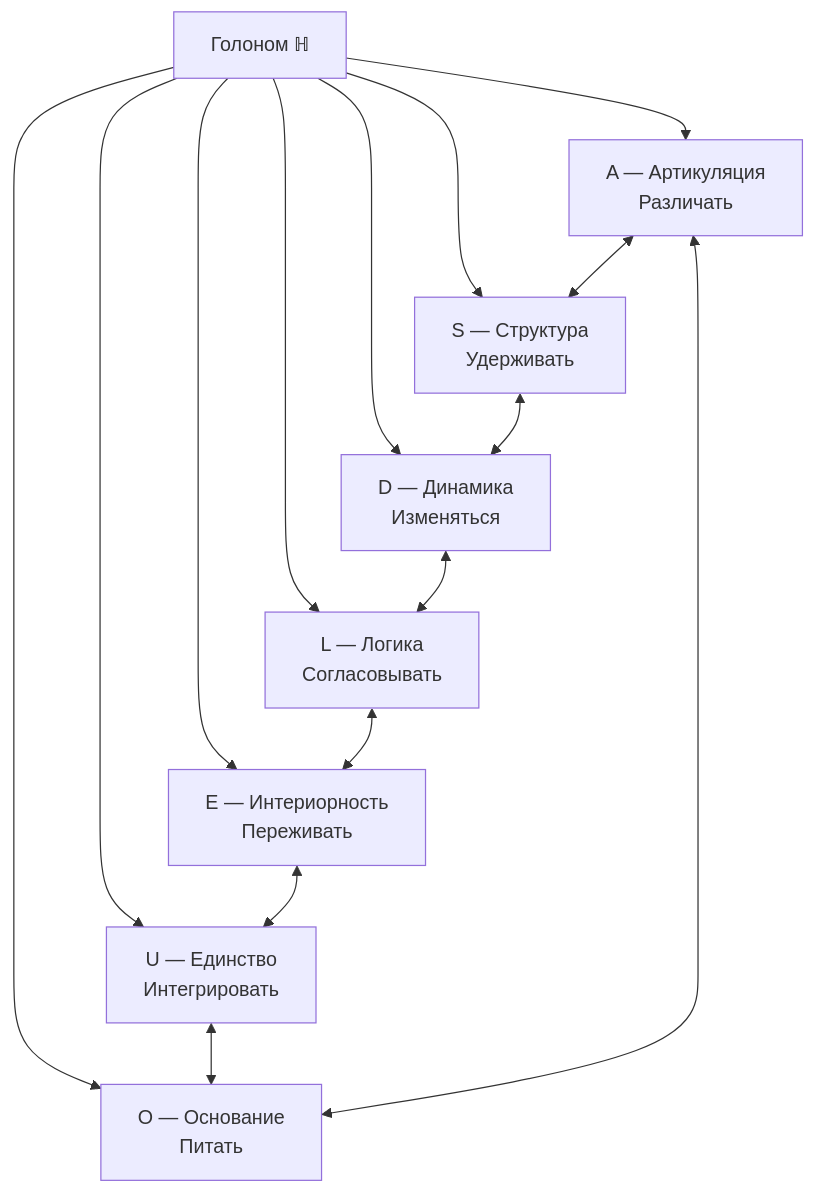
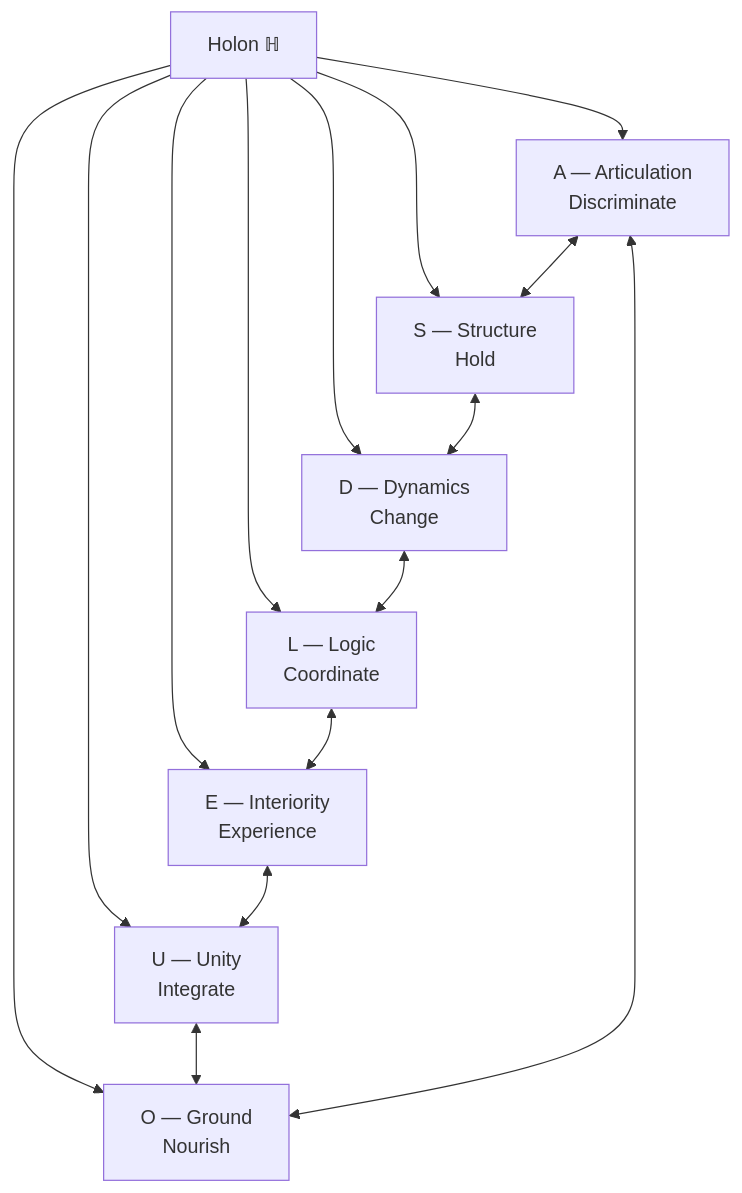
The first of 2 diagrams in website/docs/core/structure/dimensions.md (gst-st/uhm), drawn with Mermaid before and after one commit. The commit also changed other lines of this file and 25 other files, not shown here.

````diff
--- a/website/docs/core/structure/dimensions.md
+++ b/website/docs/core/structure/dimensions.md
@@ -64,27 +64,27 @@
 ```mermaid
 graph TD
-    H["Голоном ℍ"]
-    A["A — Артикуляция<br/>Различать"]
-    S["S — Структура<br/>Удерживать"]
-    D["D — Динамика<br/>Изменяться"]
-    L["L — Логика<br/>Согласовывать"]
-    E["E — Интериорность<br/>Переживать"]
-    O["O — Основание<br/>Питать"]
-    U["U — Единство<br/>Интегрировать"]
+    H["Holon ℍ"]
+    A["A — Articulation<br/>Discriminate"]
+    S["S — Structure<br/>Hold"]
+    D["D — Dynamics<br/>Change"]
+    L["L — Logic<br/>Coordinate"]
+    E["E — Interiority<br/>Experience"]
+    O["O — Ground<br/>Nourish"]
+    U["U — Unity<br/>Integrate"]
 
     H --> A
     H --> S
     H --> D
     H --> L
     H --> E
     H --> O
     H --> U
 
     A <--> S
     S <--> D
     D <--> L
     L <--> E
     E <--> U
     U <--> O
     O <--> A
 ```
````
